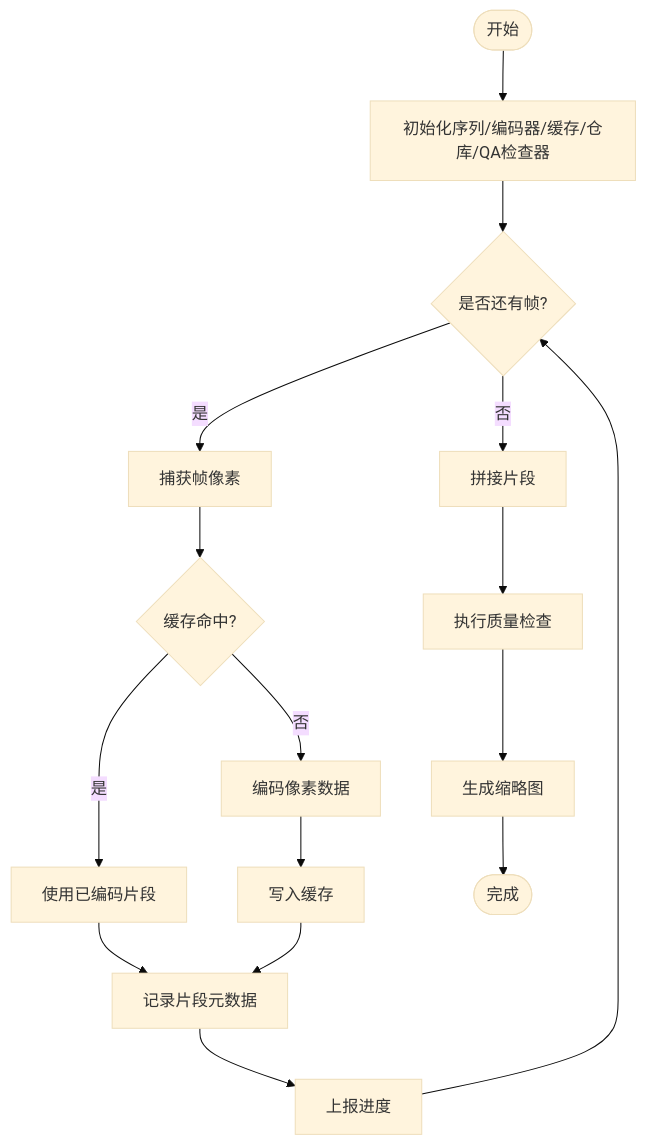
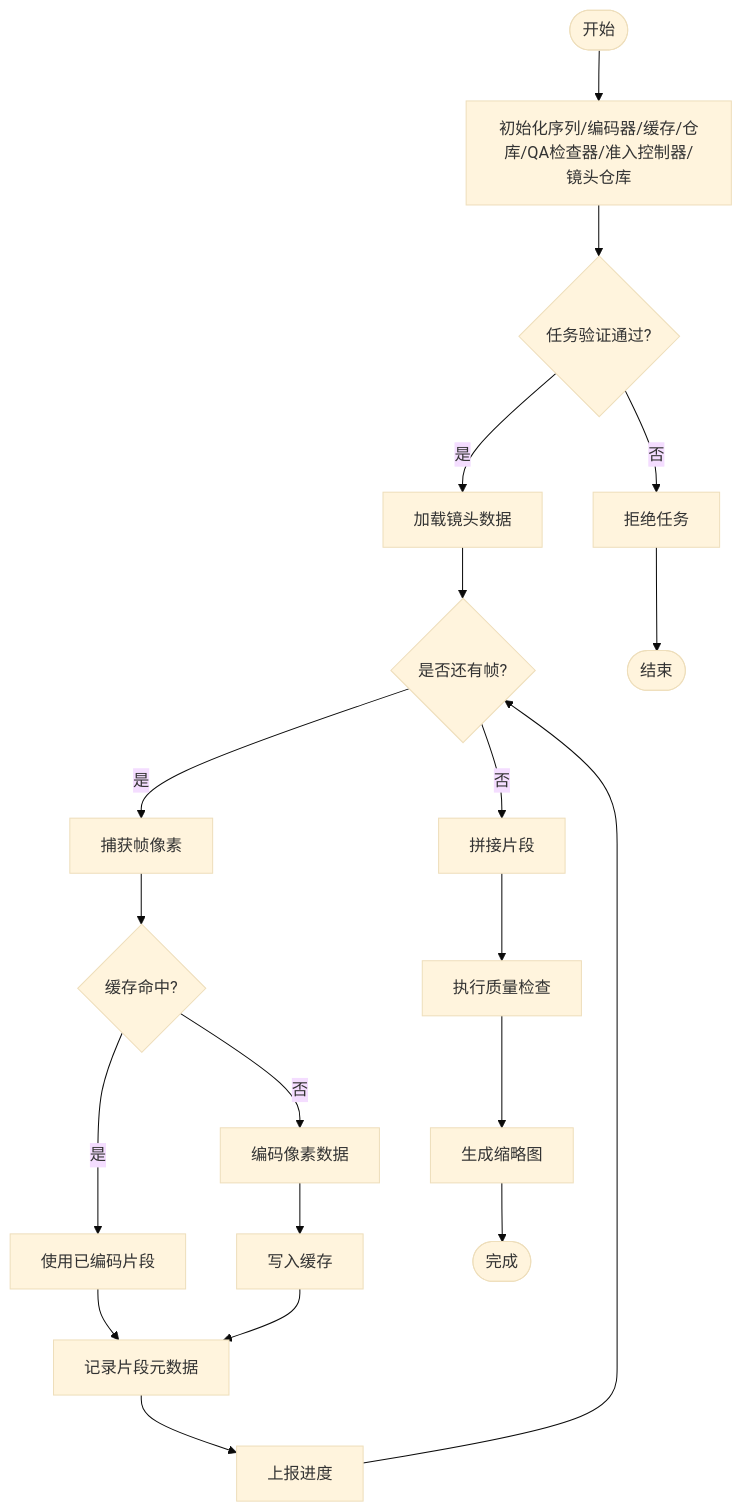
Before and after one commit to AIMFllyYS/code-video-canvas: the third of 27 diagrams in .qoder/repowiki/zh/content/架构设计/核心模块设计/渲染引擎设计/渲染引擎设计.md, drawn with Mermaid (base theme). The commit also changed other lines of this file and 44 other files, not shown here.

````diff
--- a/.qoder/repowiki/zh/content/架构设计/核心模块设计/渲染引擎设计/渲染引擎设计.md
+++ b/.qoder/repowiki/zh/content/架构设计/核心模块设计/渲染引擎设计/渲染引擎设计.md
@@ -292,18 +337,22 @@
 ```mermaid
 flowchart TD
-Start(["开始"]) --> Init["初始化序列/编码器/缓存/仓库/QA检查器"]
-Init --> Loop{"是否还有帧?"}
+Start(["开始"]) --> Init["初始化序列/编码器/缓存/仓库/QA检查器/准入控制器/镜头仓库"]
+Init --> Validate{"任务验证通过?"}
+Validate --> |否| Reject["拒绝任务"]
+Validate --> |是| LoadData["加载镜头数据"]
+LoadData --> Loop{"是否还有帧?"}
 Loop --> |是| Capture["捕获帧像素"]
 Capture --> CacheHit{"缓存命中?"}
 CacheHit --> |是| UseCached["使用已编码片段"]
 CacheHit --> |否| Encode["编码像素数据"]
 Encode --> WriteCache["写入缓存"]
 UseCached --> Persist["记录片段元数据"]
 WriteCache --> Persist
 Persist --> Progress["上报进度"]
 Progress --> Loop
 Loop --> |否| Concat["拼接片段"]
 Concat --> QA["执行质量检查"]
 QA --> Thumb["生成缩略图"]
 Thumb --> Done(["完成"])
+Reject --> End(["结束"])
 ```
````
